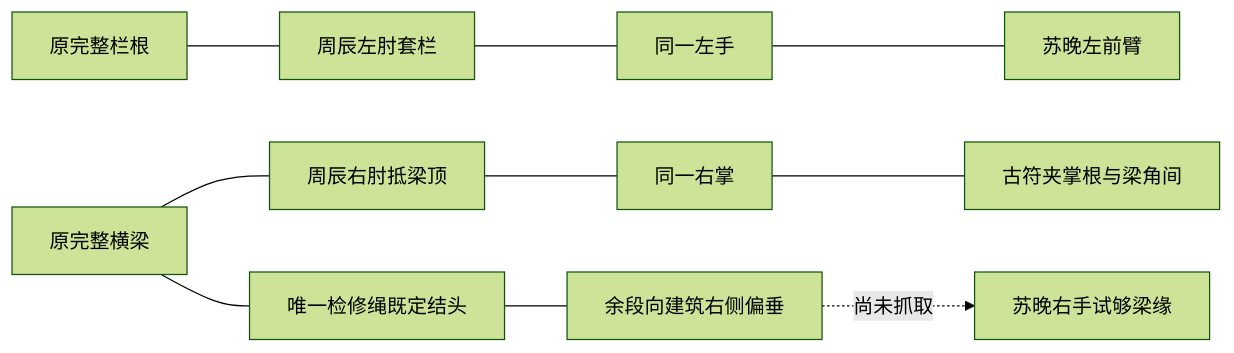
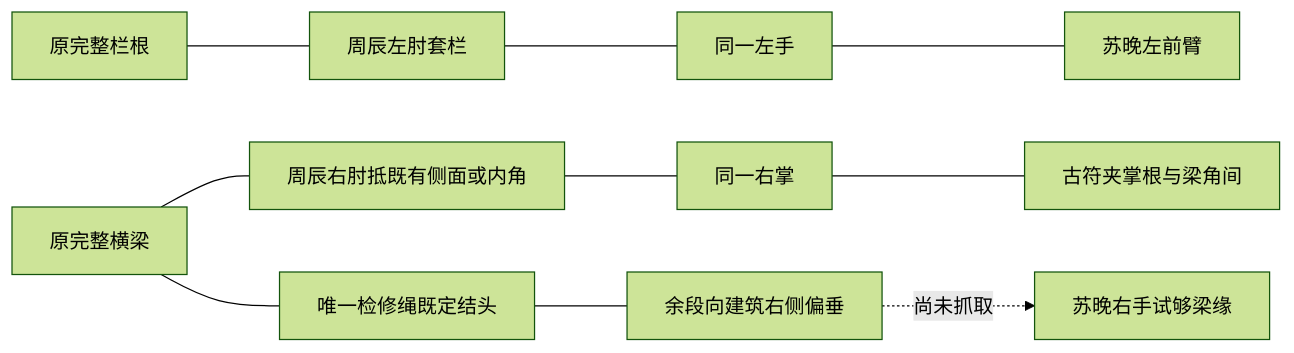
Before and after one commit to yannannan/TreeHundredYear: the diagram in 剧集制作/第一季/第三集救援左右握点阻挡设计V27.md, drawn with Mermaid (forest theme). The commit also changed other lines of this file and 45 other files, not shown here.

````diff
--- a/剧集制作/第一季/第三集救援左右握点阻挡设计V27.md
+++ b/剧集制作/第一季/第三集救援左右握点阻挡设计V27.md
@@ -17,12 +19,12 @@
 ```mermaid
 flowchart LR
     ROOT[原完整栏根] --- AL[周辰左肘套栏]
     AL --- ALH[同一左手]
     ALH --- BLA[苏晚左前臂]
-    BEAM[原完整横梁] --- ARE[周辰右肘抵梁顶]
+    BEAM[原完整横梁] --- ARE[周辰右肘抵既有侧面或内角]
     ARE --- ARH[同一右掌]
     ARH --- TOKEN[古符夹掌根与梁角间]
     BEAM --- ANCHOR[唯一检修绳既定结头]
     ANCHOR --- FREE[余段向建筑右侧偏垂]
     FREE -.尚未抓取.-> BRH[苏晚右手试够梁缘]
 ```
````
